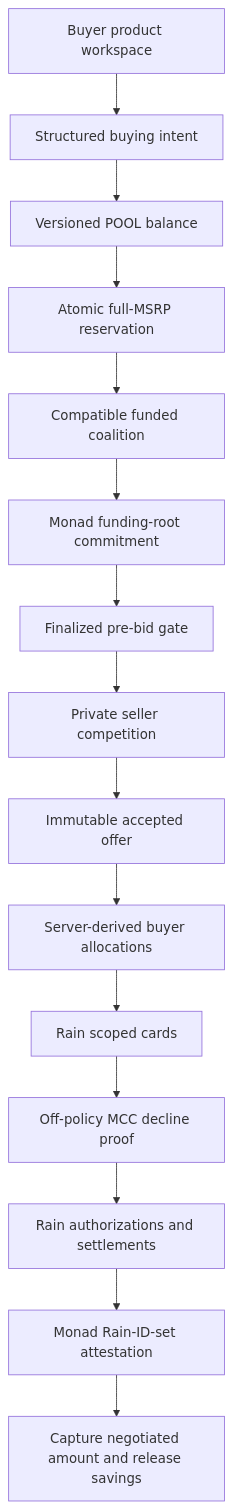
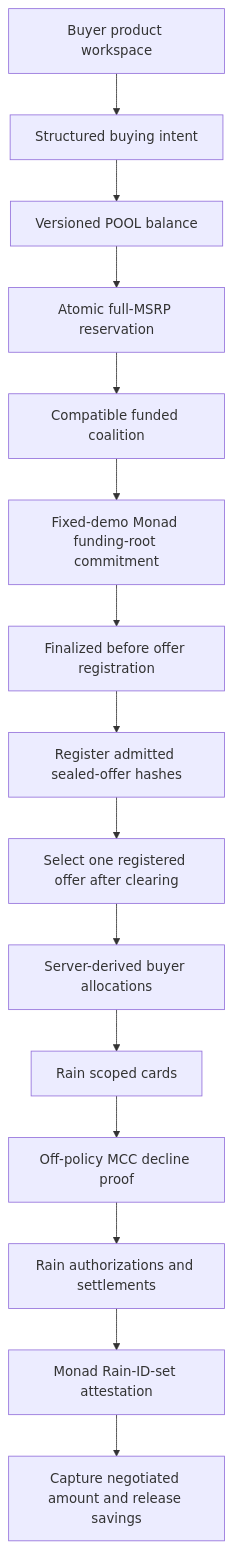
The second of 2 diagrams in handoff.md (inevident/Pool), drawn with Mermaid before and after one commit. The commit also changed other lines of this file and 51 other files, not shown here.

````diff
--- a/handoff.md
+++ b/handoff.md
@@ -458,17 +470,17 @@
 ```mermaid
 flowchart TD
     B[Buyer product workspace] --> I[Structured buying intent]
     I --> P[Versioned POOL balance]
     P --> R[Atomic full-MSRP reservation]
     R --> C[Compatible funded coalition]
-    C --> M1[Monad funding-root commitment]
-    M1 --> F[Finalized pre-bid gate]
-    F --> S[Private seller competition]
-    S --> A[Immutable accepted offer]
+    C --> M1[Fixed-demo Monad funding-root commitment]
+    M1 --> F[Finalized before offer registration]
+    F --> S[Register admitted sealed-offer hashes]
+    S --> A[Select one registered offer after clearing]
     A --> X[Server-derived buyer allocations]
     X --> RC[Rain scoped cards]
     RC --> G[Off-policy MCC decline proof]
     G --> RS[Rain authorizations and settlements]
     RS --> M2[Monad Rain-ID-set attestation]
     M2 --> L[Capture negotiated amount and release savings]
 ```
````
